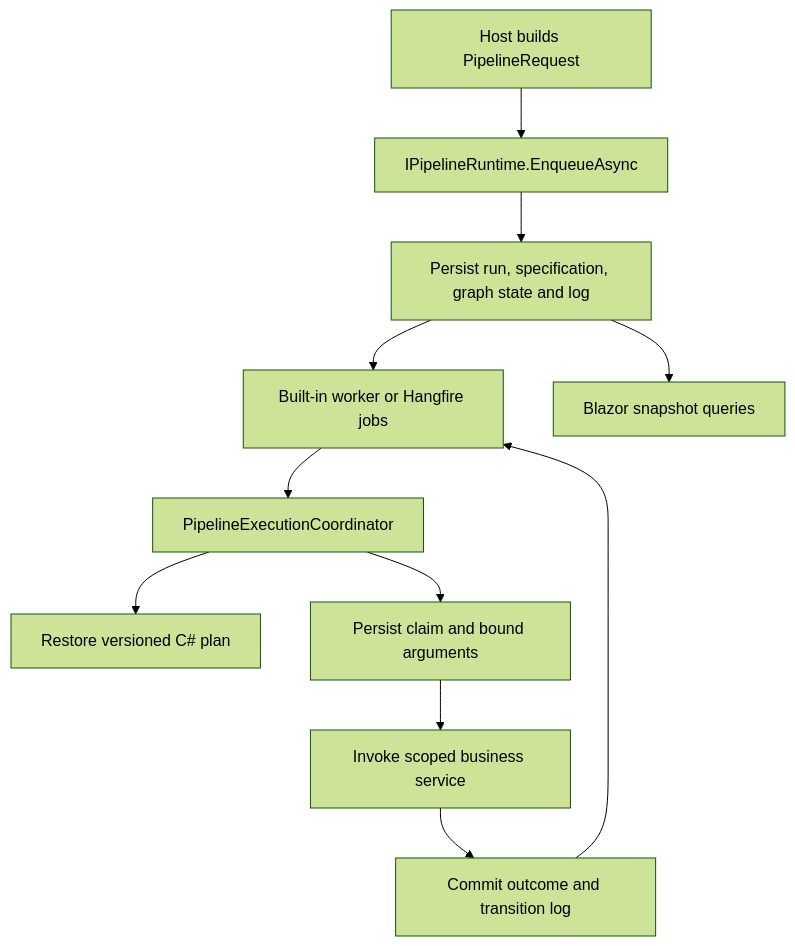
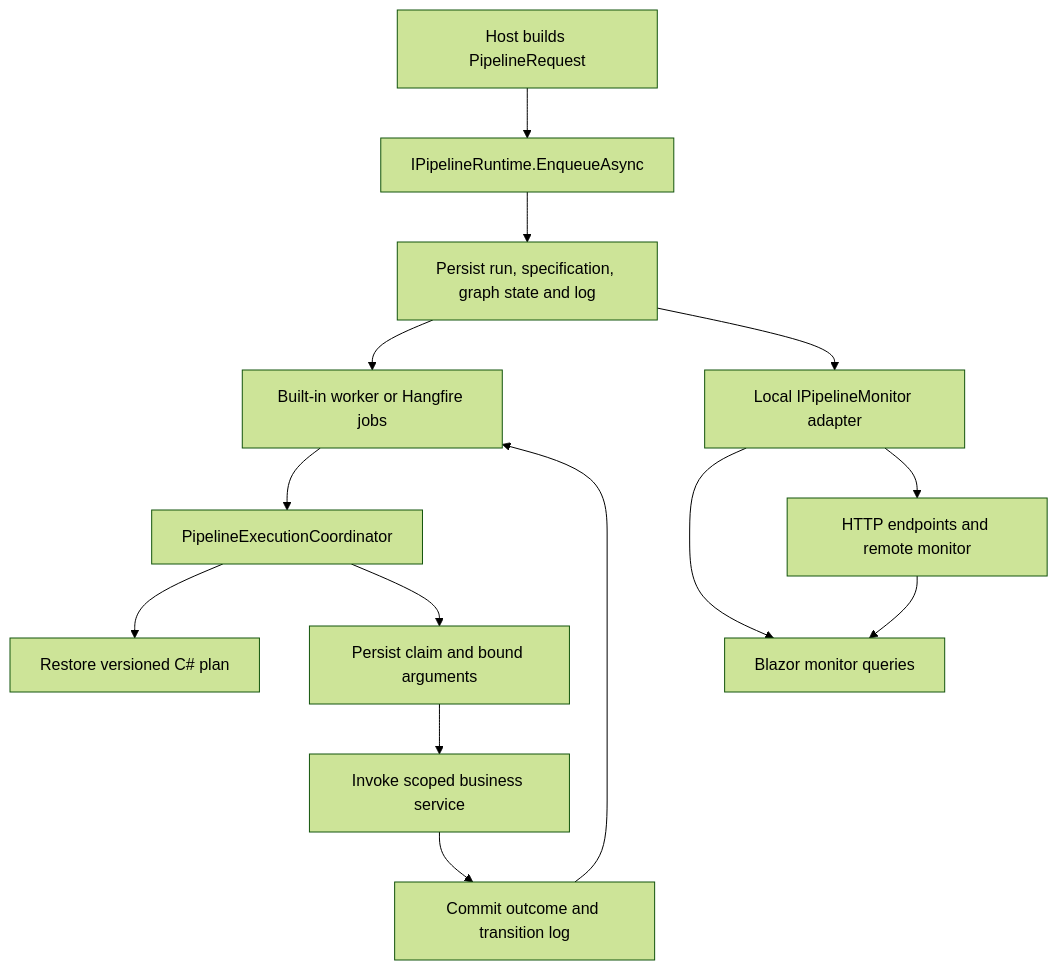
One commit to patware/Patware.Pipeline changed the diagram in docs/architecture/ARCHITECTURE.md. Above: the diagram before and after it, drawn with Mermaid (forest theme). The commit also changed other lines of this file and 40 other files, not shown here.

````diff
--- a/docs/architecture/ARCHITECTURE.md
+++ b/docs/architecture/ARCHITECTURE.md
@@ -18,13 +22,16 @@
 ```mermaid
 flowchart TD
     Host[Host builds PipelineRequest] --> Runtime[IPipelineRuntime.EnqueueAsync]
     Runtime --> Store[Persist run, specification, graph state and log]
     Store --> Processor[Built-in worker or Hangfire jobs]
     Processor --> Coordinator[PipelineExecutionCoordinator]
     Coordinator --> Registry[Restore versioned C# plan]
     Coordinator --> Claim[Persist claim and bound arguments]
     Claim --> Invoke[Invoke scoped business service]
     Invoke --> Commit[Commit outcome and transition log]
     Commit --> Processor
-    Store --> UI[Blazor snapshot queries]
+    Store --> Monitor[Local IPipelineMonitor adapter]
+    Monitor --> UI[Blazor monitor queries]
+    Monitor --> HTTP[HTTP endpoints and remote monitor]
+    HTTP --> UI
 ```
````
